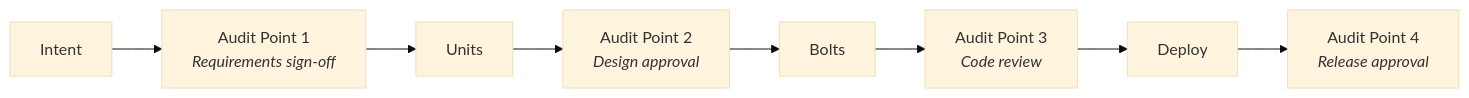
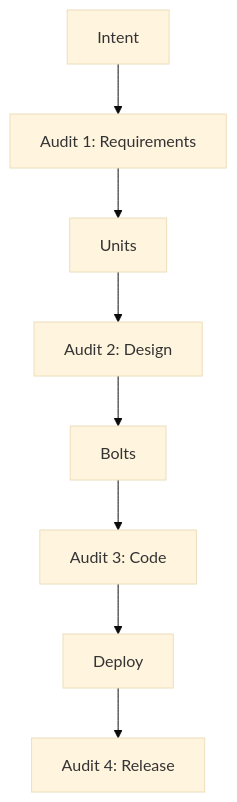
The diagram in website/content/papers/ai-dlc-2026/runbooks/operations/compliance-audit.md (TheBushidoCollective/han), drawn with Mermaid (base theme) before and after one commit. The commit also changed 21 other files, not shown here.

First line of the commit message:
fix(website): convert all AI-DLC runbook Mermaid diagrams to TB layout

````diff
--- a/website/content/papers/ai-dlc-2026/runbooks/operations/compliance-audit.md
+++ b/website/content/papers/ai-dlc-2026/runbooks/operations/compliance-audit.md
@@ -20,10 +20,11 @@
 ```mermaid
-flowchart LR
-    I["Intent"] --> A1["Audit Point 1<br/><i>Requirements sign-off</i>"]
+flowchart TB
+    I["Intent"]
+    I --> A1["Audit 1: Requirements"]
     A1 --> U["Units"]
-    U --> A2["Audit Point 2<br/><i>Design approval</i>"]
+    U --> A2["Audit 2: Design"]
     A2 --> B["Bolts"]
-    B --> A3["Audit Point 3<br/><i>Code review</i>"]
+    B --> A3["Audit 3: Code"]
     A3 --> D["Deploy"]
-    D --> A4["Audit Point 4<br/><i>Release approval</i>"]
+    D --> A4["Audit 4: Release"]
 ```
````
